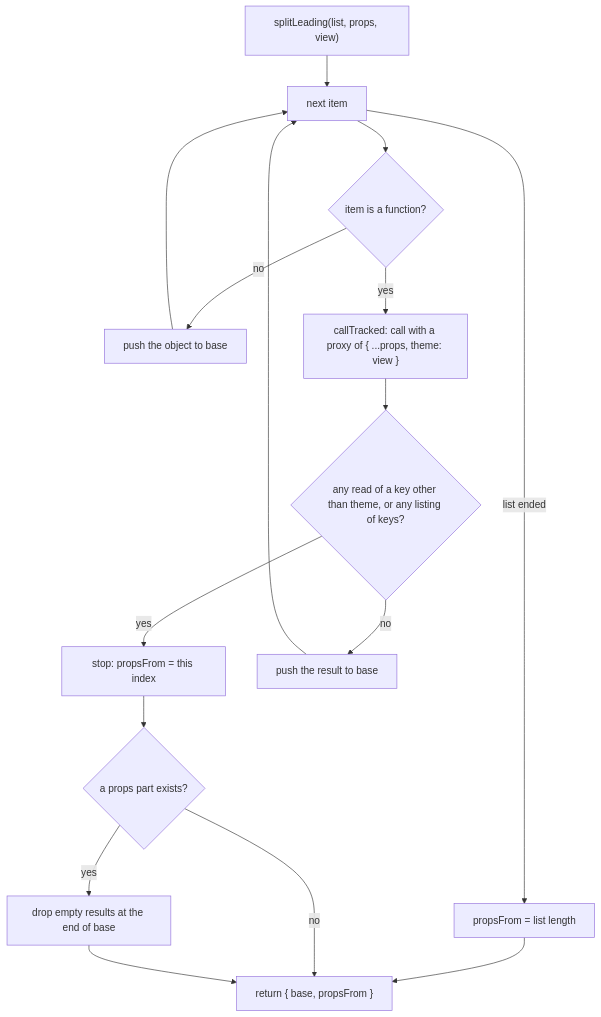
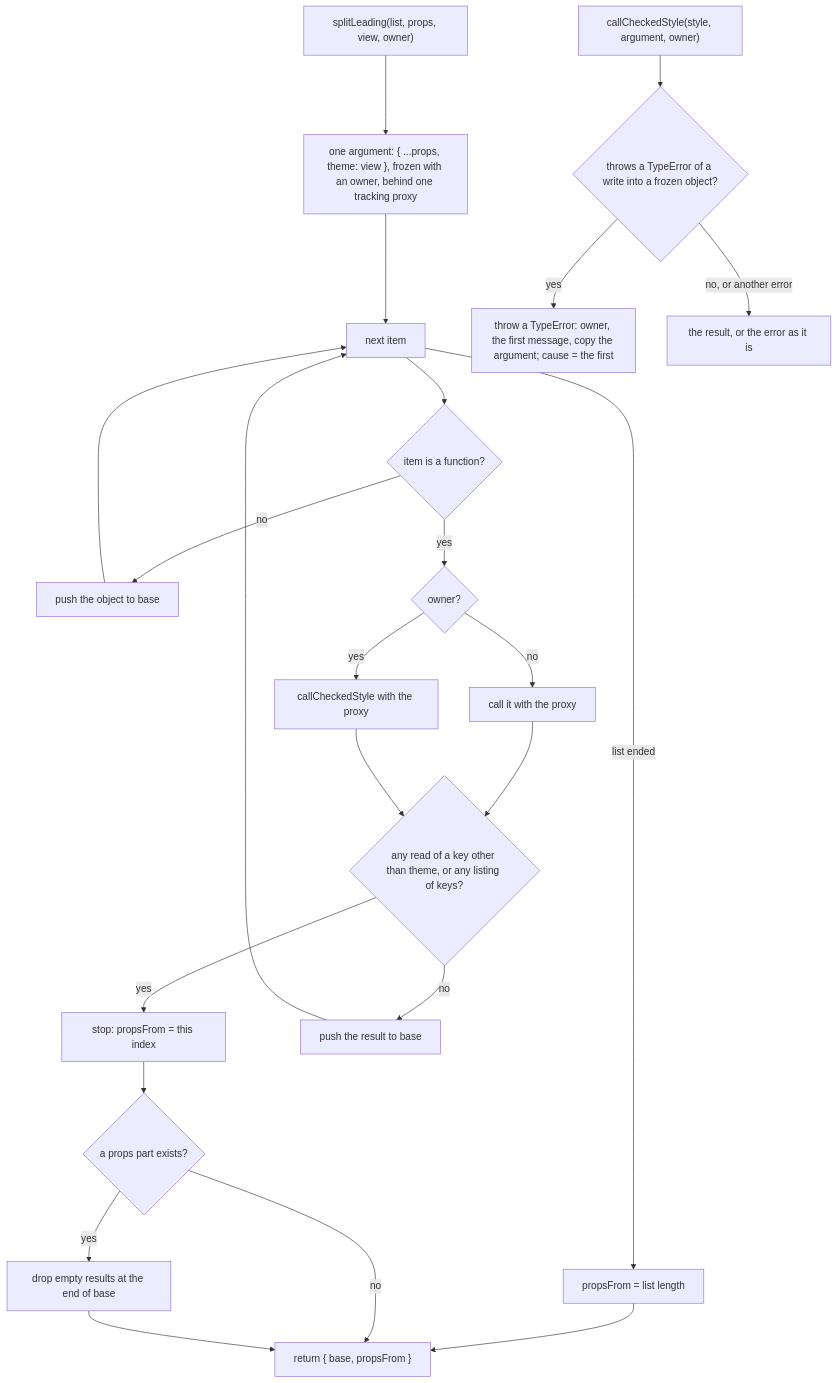
The diagram in packages/core/src/styleBase.md (soroush-tech/umber-style), drawn with Mermaid before and after one commit. The commit also changed other lines of this file and 50 other files, not shown here.

Commit message:
feat: the style functions of an element share one argument per render, the theme a function gets cannot be written in development, and the helpers the bindings share move to @umber-style/core/internal - close #69

````diff
--- a/packages/core/src/styleBase.md
+++ b/packages/core/src/styleBase.md
@@ -21,18 +31,25 @@
 ```mermaid
 flowchart TD
-  start["splitLeading(list, props, view)"] --> next["next item"]
+  start["splitLeading(list, props, view, owner)"] --> argNode["one argument: { ...props, theme: view }, frozen with an owner, behind one tracking proxy"]
+  argNode --> next["next item"]
   next --> fn{"item is a function?"}
   fn -->|no| plain["push the object to base"]
   plain --> next
-  fn -->|yes| callNode["callTracked: call with a proxy of { ...props, theme: view }"]
-  callNode --> dep{"any read of a key other than theme, or any listing of keys?"}
+  fn -->|yes| run{"owner?"}
+  run -->|no| direct["call it with the proxy"]
+  run -->|yes| checked["callCheckedStyle with the proxy"]
+  direct --> dep{"any read of a key other than theme, or any listing of keys?"}
+  checked --> dep
   dep -->|yes| stop["stop: propsFrom = this index"]
   dep -->|no| push["push the result to base"]
   push --> next
   next -->|"list ended"| endl["propsFrom = list length"]
   stop --> trim{"a props part exists?"}
   endl --> out
   trim -->|yes| pop["drop empty results at the end of base"]
   trim -->|no| out["return { base, propsFrom }"]
   pop --> out
+  cs["callCheckedStyle(style, argument, owner)"] --> thrown{"throws a TypeError of a write into a frozen object?"}
+  thrown -->|yes| again["throw a TypeError: owner, the first message, copy the argument; cause = the first"]
+  thrown -->|"no, or another error"| same["the result, or the error as it is"]
 ```
````
